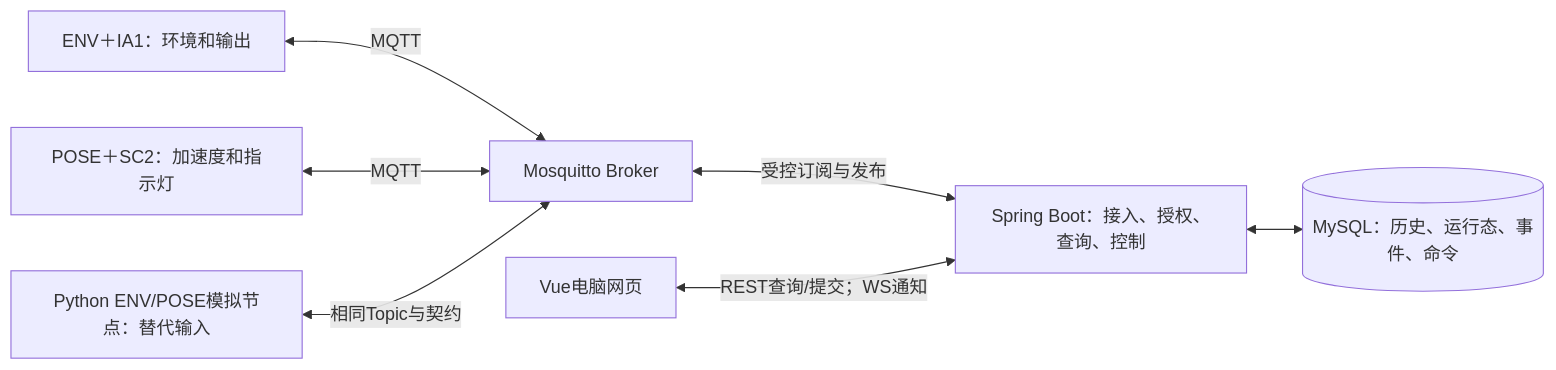
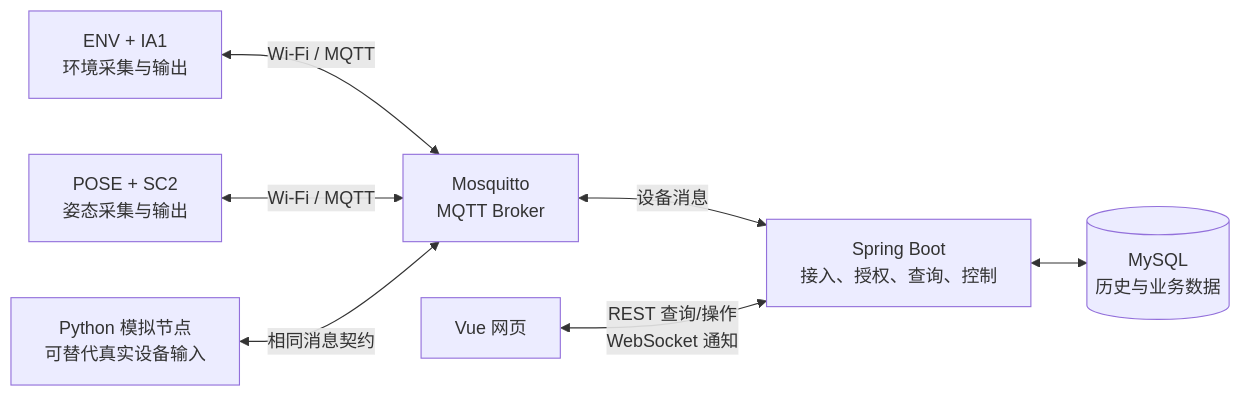
The first of 3 diagrams in README.md (fcj0633/SmartBox), drawn with Mermaid before and after one commit. The commit also changed other lines of this file, not shown here.

````diff
--- a/README.md
+++ b/README.md
@@ -31,9 +79,9 @@
-```mermaid
+~~~mermaid
 flowchart LR
-  E[ENV＋IA1：环境和输出] <-->|MQTT| M[Mosquitto Broker]
-  P[POSE＋SC2：加速度和指示灯] <-->|MQTT| M
-  S[Python ENV/POSE模拟节点：替代输入] <-->|相同Topic与契约| M
-  M <-->|受控订阅与发布| B[Spring Boot：接入、授权、查询、控制]
-  B <--> D[(MySQL：历史、运行态、事件、命令)]
-  V[Vue电脑网页] <-->|REST查询/提交；WS通知| B
-```
+  E["ENV + IA1<br/>环境采集与输出"] <-->|"Wi-Fi / MQTT"| M["Mosquitto<br/>MQTT Broker"]
+  P["POSE + SC2<br/>姿态采集与输出"] <-->|"Wi-Fi / MQTT"| M
+  S["Python 模拟节点<br/>可替代真实设备输入"] <-->|"相同消息契约"| M
+  M <-->|"设备消息"| B["Spring Boot<br/>接入、授权、查询、控制"]
+  B <--> D[("MySQL<br/>历史与业务数据")]
+  V["Vue 网页"] <-->|"REST 查询/操作<br/>WebSocket 通知"| B
+~~~
````
